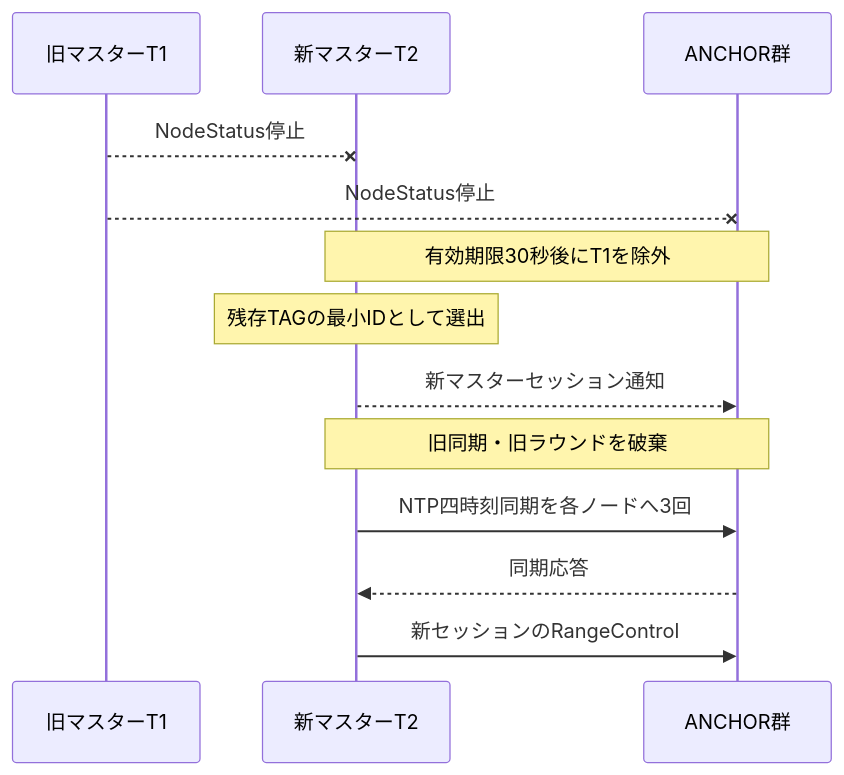
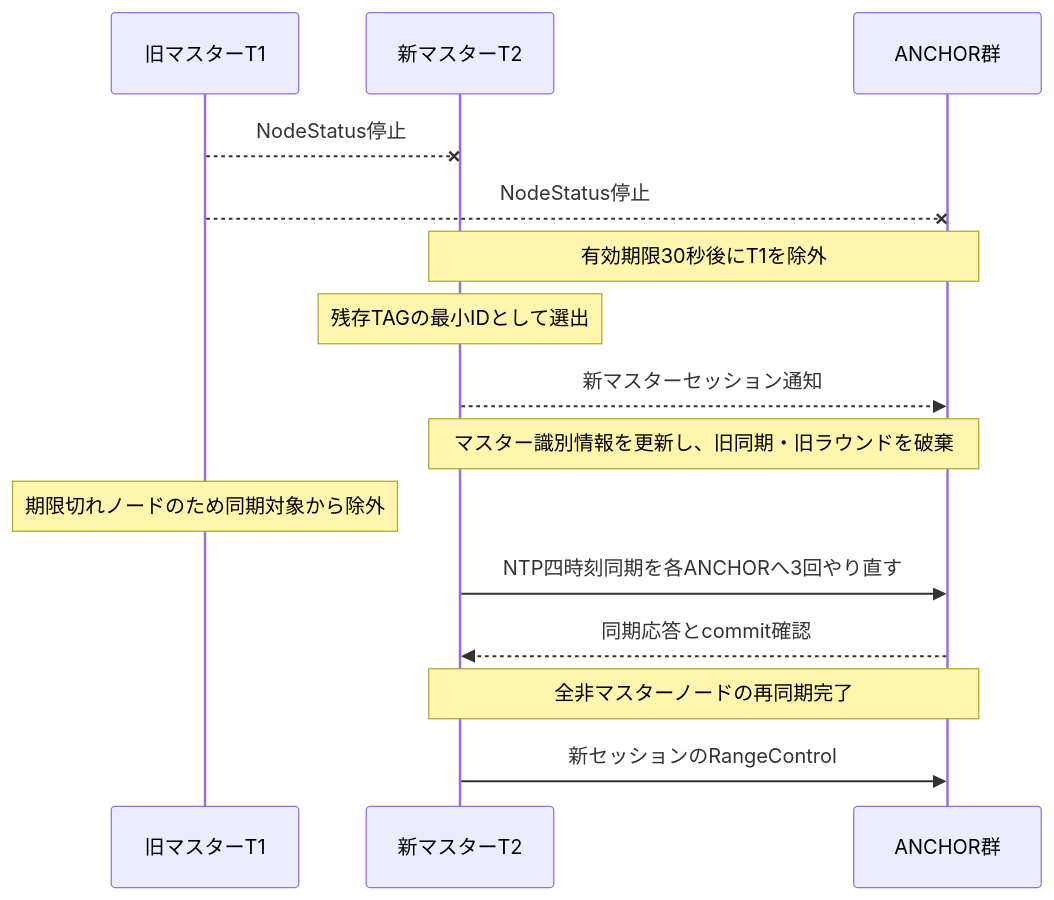
One commit to ssaattww/RYUW122_M5StickS3 changed the fourth of 4 diagrams in docs/sequential-ranging-time-sync.md. Above: the diagram before and after it, drawn with Mermaid. The commit also changed other lines of this file and 4 other files, not shown here.

````diff
--- a/docs/sequential-ranging-time-sync.md
+++ b/docs/sequential-ranging-time-sync.md
@@ -928,16 +992,18 @@
 ```mermaid
 sequenceDiagram
     participant T1 as 旧マスターT1
     participant T2 as 新マスターT2
     participant A as ANCHOR群
 
     T1--xT2: NodeStatus停止
     T1--xA: NodeStatus停止
     Note over T2,A: 有効期限30秒後にT1を除外
     Note over T2: 残存TAGの最小IDとして選出
     T2-->>A: 新マスターセッション通知
-    Note over T2,A: 旧同期・旧ラウンドを破棄
-    T2->>A: NTP四時刻同期を各ノードへ3回
-    A-->>T2: 同期応答
+    Note over T2,A: マスター識別情報を更新し、旧同期・旧ラウンドを破棄
+    Note over T1: 期限切れノードのため同期対象から除外
+    T2->>A: NTP四時刻同期を各ANCHORへ3回やり直す
+    A-->>T2: 同期応答とcommit確認
+    Note over T2,A: 全非マスターノードの再同期完了
     T2->>A: 新セッションのRangeControl
 ```
````
